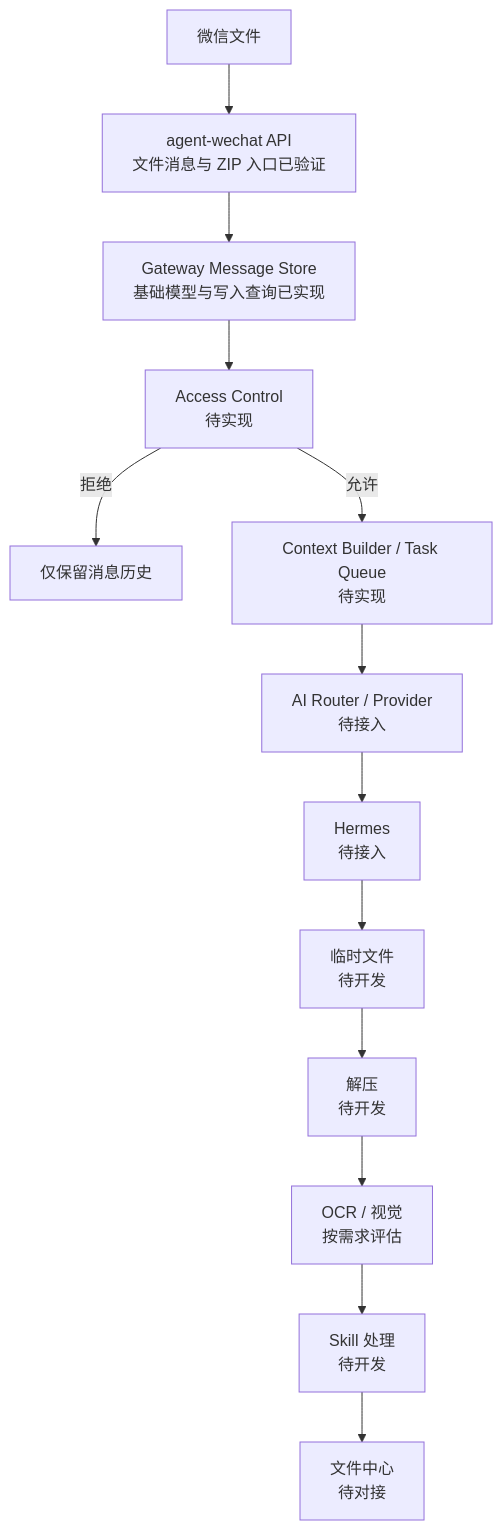
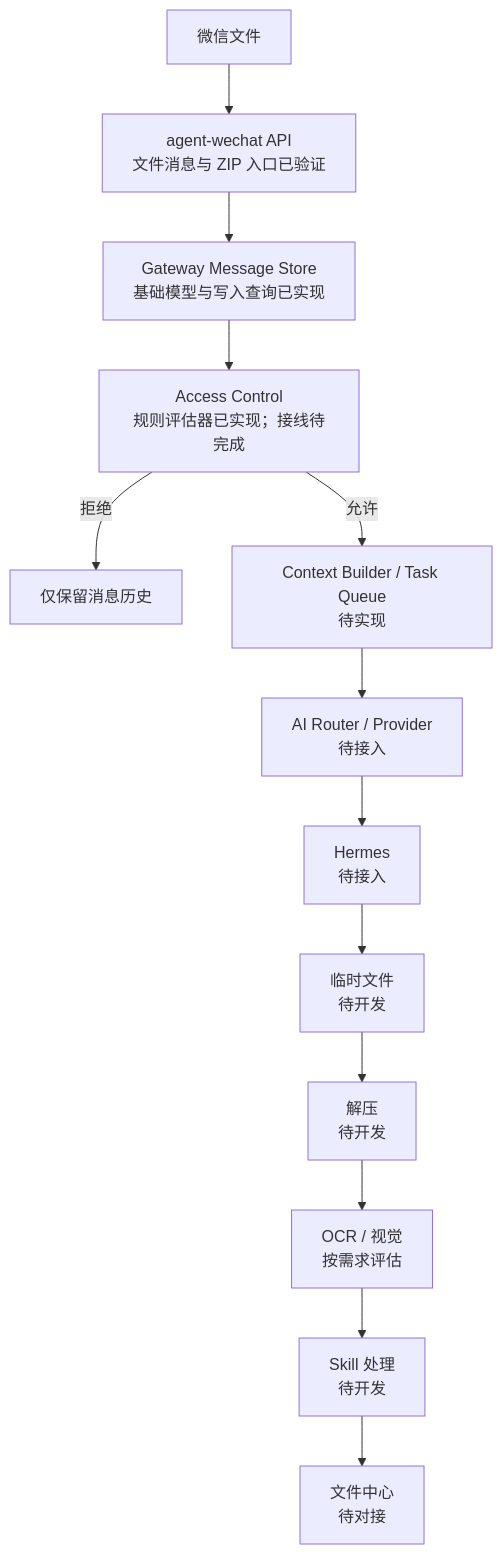
The second of 2 diagrams in 02_系统设计.md (Tangbohu09527/CF_ecommerce-automation-docs), drawn with Mermaid before and after one commit. The commit also changed other lines of this file and 8 other files, not shown here.

````diff
--- a/02_系统设计.md
+++ b/02_系统设计.md
@@ -104,15 +110,15 @@
 ```mermaid
 flowchart TB
     W["微信文件"] --> A["agent-wechat API<br/>文件消息与 ZIP 入口已验证"]
     A --> M["Gateway Message Store<br/>基础模型与写入查询已实现"]
-    M --> AC["Access Control<br/>待实现"]
+    M --> AC["Access Control<br/>规则评估器已实现；接线待完成"]
     AC -->|"拒绝"| R["仅保留消息历史"]
     AC -->|"允许"| C["Context Builder / Task Queue<br/>待实现"]
     C --> P["AI Router / Provider<br/>待接入"]
     P --> H["Hermes<br/>待接入"]
     H --> T["临时文件<br/>待开发"]
     T --> U["解压<br/>待开发"]
     U --> V["OCR / 视觉<br/>按需求评估"]
     V --> S["Skill 处理<br/>待开发"]
     S --> F["文件中心<br/>待对接"]
 ```
````
